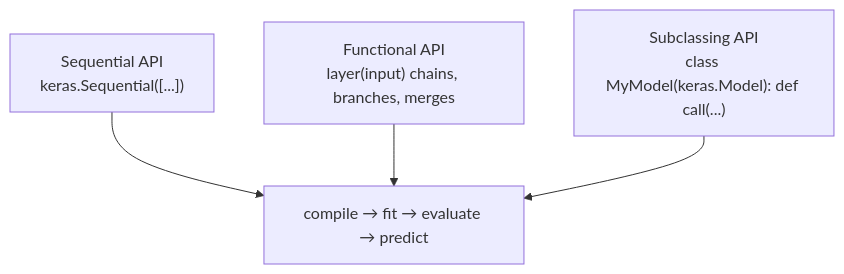
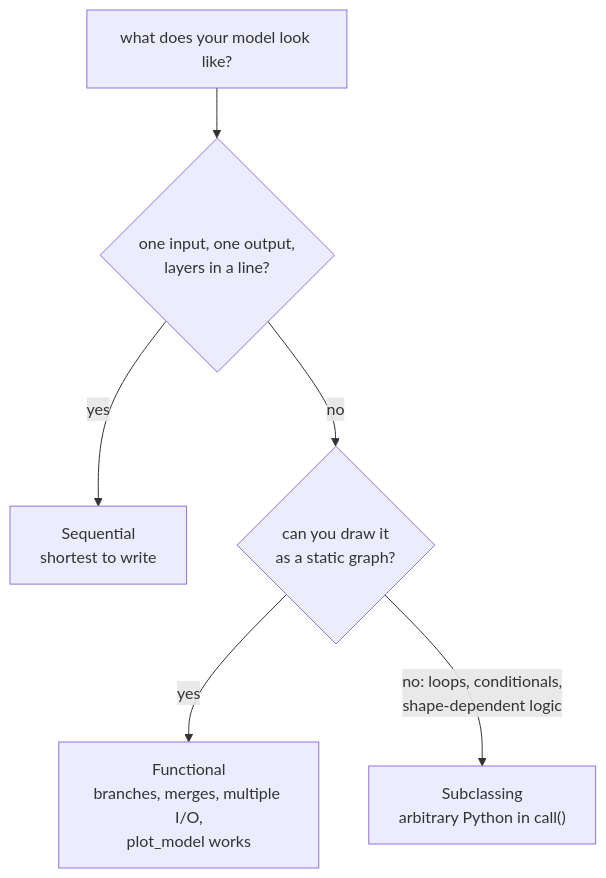
The diagram in src/content/docs/Deep Learning/Phase 01 - Neural Network Foundations/Building Neural Networks with Keras (Sequential and Functional API).mdx (Ravikisha/PythonCentralHub), drawn with Mermaid before and after one commit. The commit also changed other lines of this file and 626 other files, not shown here.

````diff
--- a/src/content/docs/Deep Learning/Phase 01 - Neural Network Foundations/Building Neural Networks with Keras (Sequential and Functional API).mdx
+++ b/src/content/docs/Deep Learning/Phase 01 - Neural Network Foundations/Building Neural Networks with Keras (Sequential and Functional API).mdx
@@ -24,6 +98,8 @@
-```mermaid title="Three ways to build a Keras model" desc="Sequential stacks layers in a line; Functional connects layers like function calls, allowing branches; Subclassing writes the forward pass as code."
-flowchart TB
-  A["Sequential API<br/>keras.Sequential([...])"] --> D["compile → fit → evaluate → predict"]
-  B["Functional API<br/>layer(input) chains, branches, merges"] --> D
-  C["Subclassing API<br/>class MyModel(keras.Model): def call(...)"] --> D
+```mermaid
+flowchart TD
+  A["what does your model look like?"] --> B{"one input, one output,<br/>layers in a line?"}
+  B -- yes --> C["Sequential<br/>shortest to write"]
+  B -- no --> D{"can you draw it<br/>as a static graph?"}
+  D -- yes --> E["Functional<br/>branches, merges, multiple I/O,<br/>plot_model works"]
+  D -- "no: loops, conditionals,<br/>shape-dependent logic" --> F["Subclassing<br/>arbitrary Python in call()"]
 ```
````
